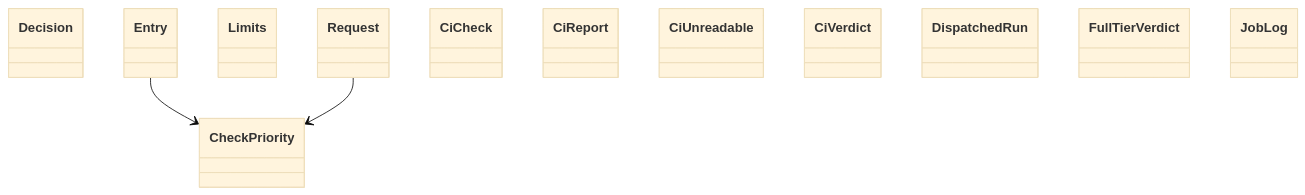
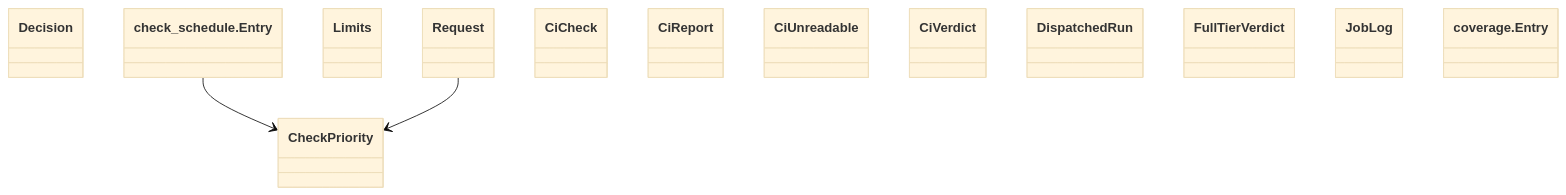
Before and after one commit to GonzaloZevallos/agentic-system: the diagram in docs/architecture/generated/classes-process-domain-checks-1.md, drawn with Mermaid (base theme). The commit also changed 6 other files, not shown here.

````diff
--- a/docs/architecture/generated/classes-process-domain-checks-1.md
+++ b/docs/architecture/generated/classes-process-domain-checks-1.md
@@ -21,17 +21,18 @@
 ```mermaid
 classDiagram
     class check_schedule__CheckPriority["CheckPriority"]
     class check_schedule__Decision["Decision"]
-    class check_schedule__Entry["Entry"]
+    class check_schedule__Entry["check_schedule.Entry"]
     class check_schedule__Limits["Limits"]
     class check_schedule__Request["Request"]
     class ci__CiCheck["CiCheck"]
     class ci__CiReport["CiReport"]
     class ci__CiUnreadable["CiUnreadable"]
     class ci__CiVerdict["CiVerdict"]
     class ci__DispatchedRun["DispatchedRun"]
     class ci__FullTierVerdict["FullTierVerdict"]
     class ci__JobLog["JobLog"]
+    class coverage__Entry["coverage.Entry"]
     check_schedule__Entry --> check_schedule__CheckPriority
     check_schedule__Request --> check_schedule__CheckPriority
 ```
````
